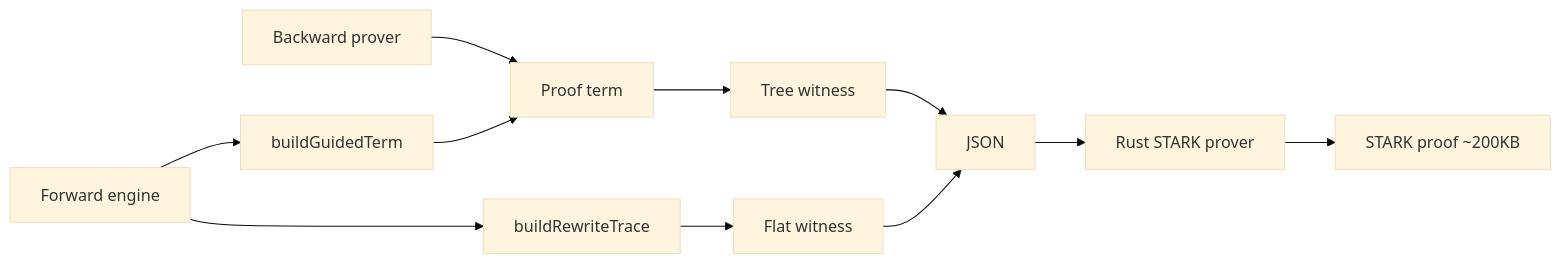
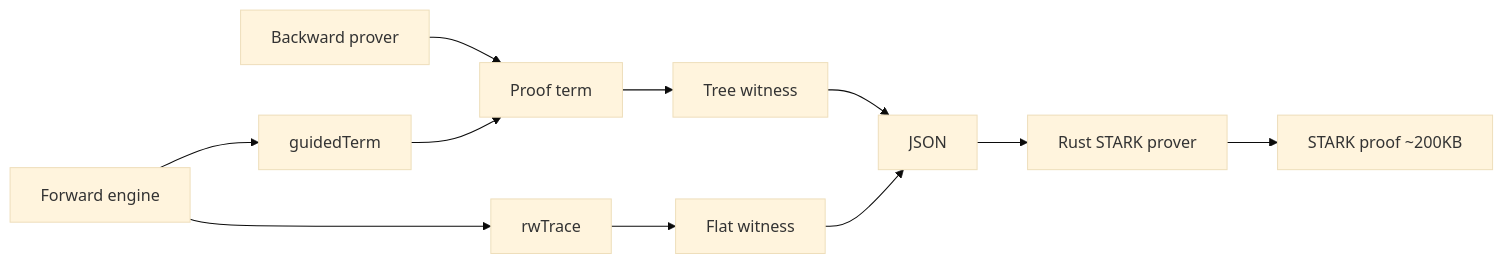
The diagram in doc/documentation/zk-proof-certification.md (mhhf/calc), drawn with Mermaid (base theme) before and after one commit. The commit also changed other lines of this file and 19 other files, not shown here.

````diff
--- a/doc/documentation/zk-proof-certification.md
+++ b/doc/documentation/zk-proof-certification.md
@@ -21,11 +21,11 @@
 ```mermaid
 graph LR
     BP[Backward prover] --> PT[Proof term]
-    FE[Forward engine] --> GT[buildGuidedTerm] --> PT
+    FE[Forward engine] --> GT[guidedTerm] --> PT
     PT --> TW[Tree witness]
-    FE --> RT[buildRewriteTrace] --> FW[Flat witness]
+    FE --> RT[rwTrace] --> FW[Flat witness]
     TW --> JSON
     FW --> JSON
     JSON --> RP[Rust STARK prover]
     RP --> STARK[STARK proof ~200KB]
 ```
````
